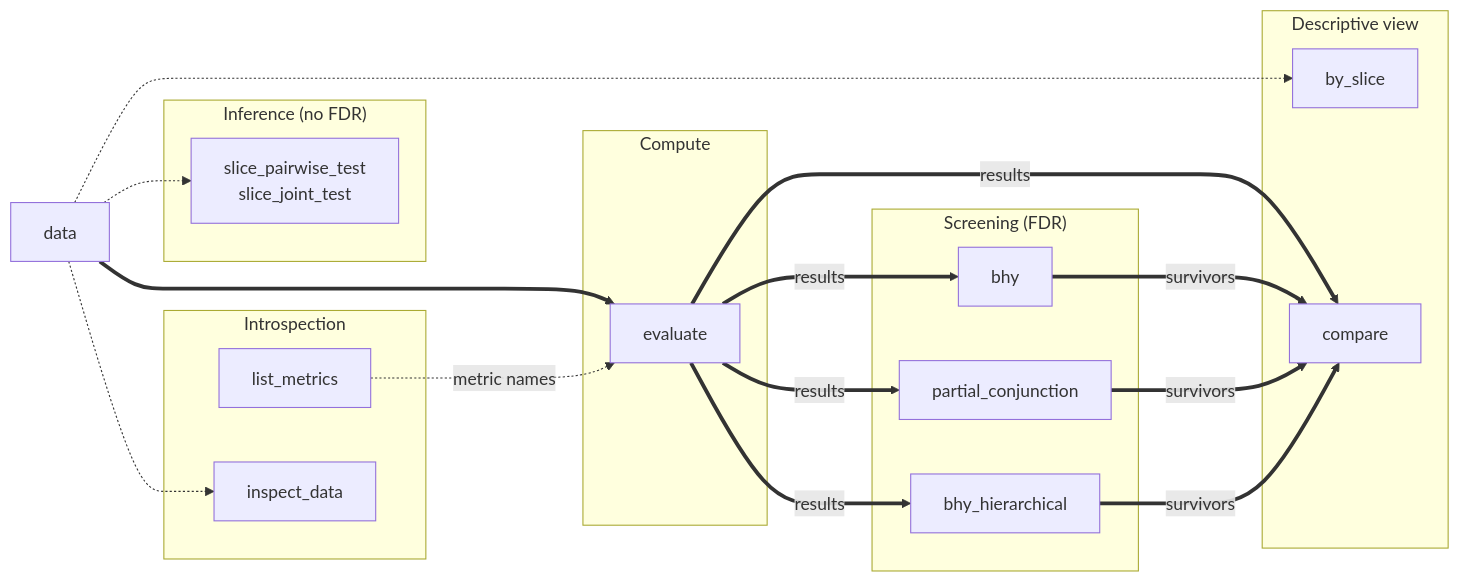
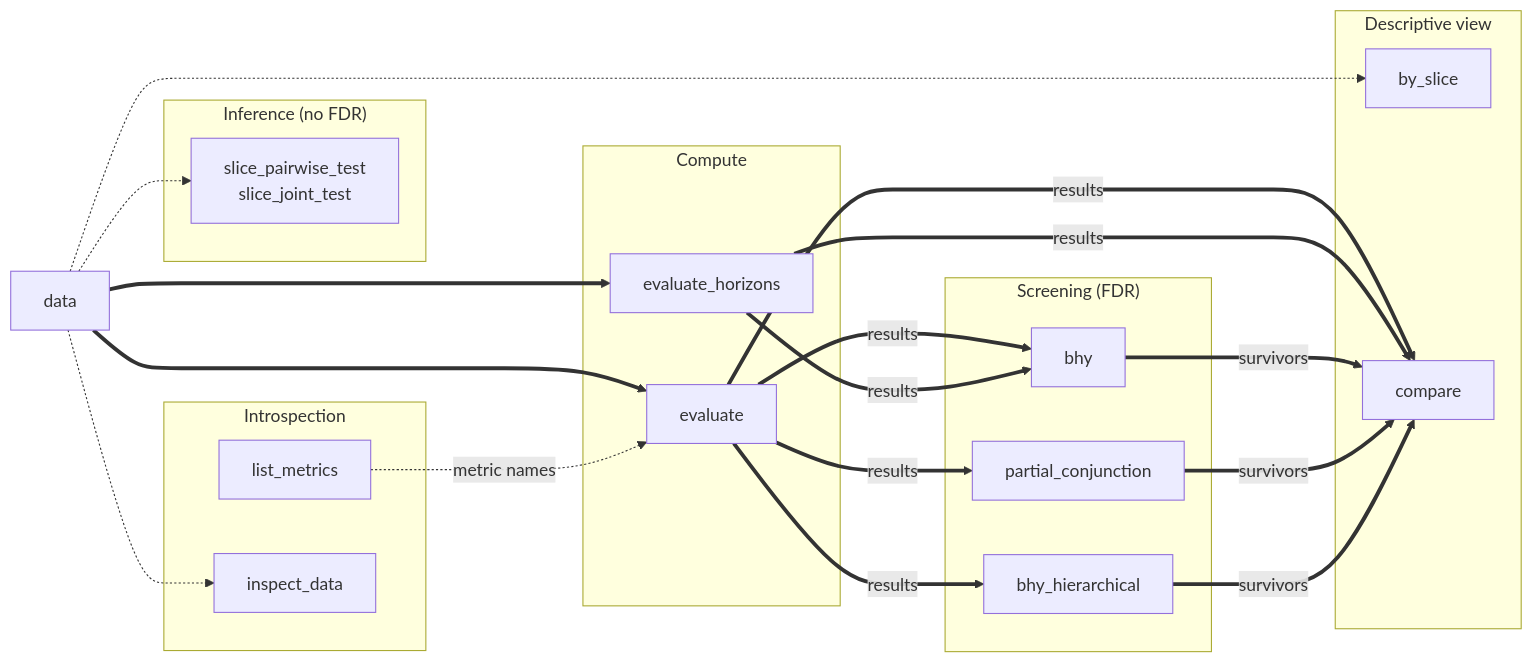
Before and after one commit to awwesomeman/factrix: the diagram in docs/api/index.md, drawn with Mermaid. The commit also changed other lines of this file and 2 other files, not shown here.

Commit message:
docs: surface evaluate_horizons in README, API index, and llms.txt
Thread the multi-horizon sweep entry through the remaining doc surfaces
that enumerate the public API: a README quickstart block reusing the raw
panel, the API-index function-flow diagram and routing tables, and the
llms.txt multi-horizon line. Keeps the entry-point catalog consistent
with evaluate_horizons now that it is exported.

````diff
--- a/docs/api/index.md
+++ b/docs/api/index.md
@@ -9,51 +9,56 @@
 ```mermaid
 flowchart LR
     P[data]
 
     subgraph Compute
         EV[evaluate]
+        EVH[evaluate_horizons]
     end
 
     subgraph Screening["Screening (FDR)"]
         BHY[bhy]
         PC[partial_conjunction]
         BHYH[bhy_hierarchical]
     end
 
     subgraph Inference["Inference (no FDR)"]
         ST["slice_pairwise_test<br/>slice_joint_test"]
     end
 
     subgraph View["Descriptive view"]
         BS[by_slice]
         CMP[compare]
     end
 
     subgraph Introspection
         LM[list_metrics]
         ID[inspect_data]
     end
 
     P ==> EV
+    P ==> EVH
     P -.-> BS
     P -.-> ST
     P -.-> ID
     EV ==>|results| BHY
     EV ==>|results| PC
     EV ==>|results| BHYH
     EV ==>|results| CMP
+    EVH ==>|results| BHY
+    EVH ==>|results| CMP
     BHY ==>|survivors| CMP
     PC ==>|survivors| CMP
     BHYH ==>|survivors| CMP
     LM -.->|metric names| EV
 
     click EV "evaluate/" "evaluate API"
+    click EVH "evaluate/#factrix.evaluate_horizons" "evaluate_horizons API"
     click BS "by-slice/" "by_slice API"
     click ST "slice-test/" "slice_pairwise_test / slice_joint_test API"
     click BHY "multi-factor/" "bhy API"
     click PC "partial-conjunction/" "partial_conjunction API"
     click BHYH "bhy-hierarchical/" "bhy_hierarchical API"
     click LM "metrics/#factrix.list_metrics" "list_metrics API"
     click CMP "compare/" "compare API"
     click ID "inspect-data/" "inspect_data API"
 ```
````
